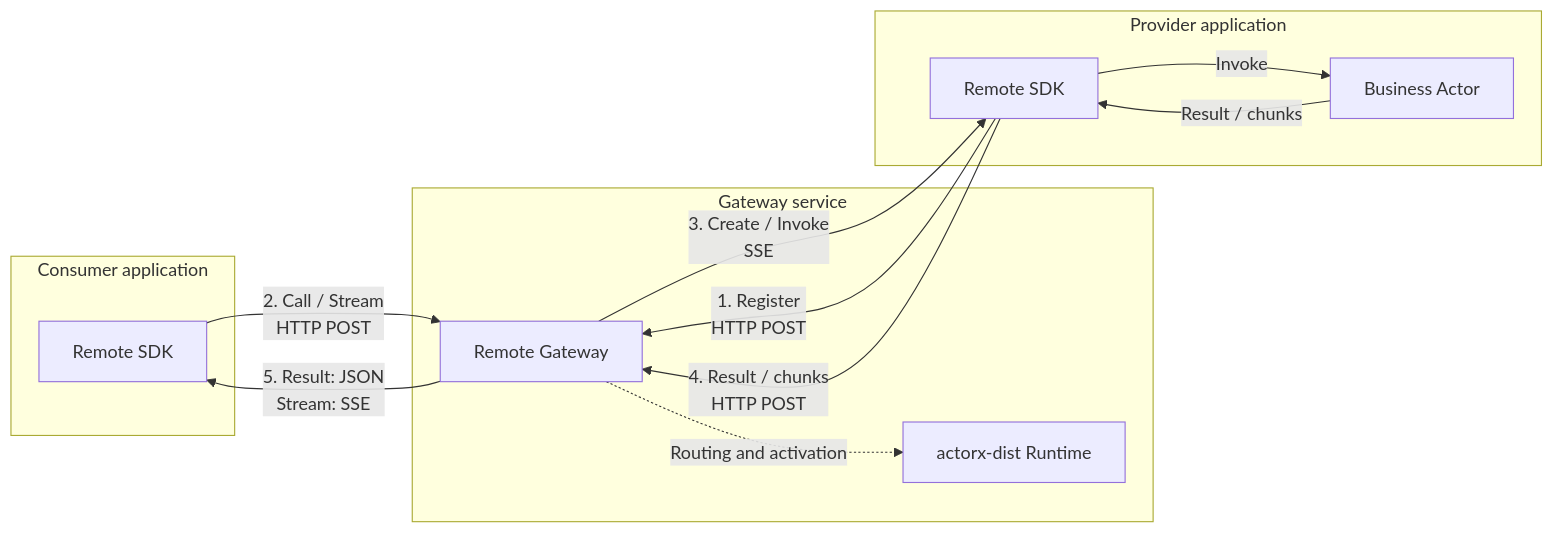
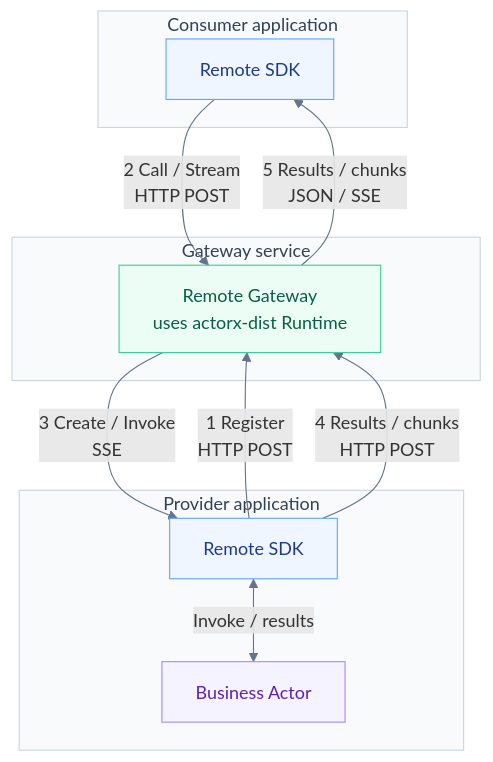
The diagram in remote/README.md (go-aie/actorx-dist), drawn with Mermaid before and after one commit. The commit also changed other lines of this file and 5 other files, not shown here.

Commit message:
docs: clarify getting started and remote architecture

````diff
--- a/remote/README.md
+++ b/remote/README.md
@@ -13,22 +13,31 @@
 ```mermaid
-flowchart LR
+flowchart TB
     subgraph consumer["Consumer application"]
         C["Remote SDK"]
     end
     subgraph backend["Gateway service"]
-        G["Remote Gateway"]
-        D["actorx-dist Runtime"]
-        G -.->|Routing and activation| D
+        G["Remote Gateway<br/>uses actorx-dist Runtime"]
     end
     subgraph provider["Provider application"]
         P["Remote SDK"]
         A["Business Actor"]
-        P -->|Invoke| A
-        A -->|Result / chunks| P
     end
-    P -->|"1. Register<br/>HTTP POST"| G
-    C -->|"2. Call / Stream<br/>HTTP POST"| G
-    G -->|"3. Create / Invoke<br/>SSE"| P
-    P -->|"4. Result / chunks<br/>HTTP POST"| G
-    G -->|"5. Result: JSON<br/>Stream: SSE"| C
+
+    C -->|"2 Call / Stream<br/>HTTP POST"| G
+    G -->|"3 Create / Invoke<br/>SSE"| P
+    P <-->|"Invoke / results"| A
+    G -->|"5 Results / chunks<br/>JSON / SSE"| C
+    P -->|"1 Register<br/>HTTP POST"| G
+    P -->|"4 Results / chunks<br/>HTTP POST"| G
+
+    classDef sdk fill:#eff6ff,stroke:#60a5fa,color:#1e3a8a
+    classDef gateway fill:#ecfdf5,stroke:#34d399,color:#065f46
+    classDef actor fill:#f5f3ff,stroke:#a78bfa,color:#5b21b6
+    class C,P sdk
+    class G gateway
+    class A actor
+    style consumer fill:#f8fafc,stroke:#cbd5e1,color:#334155
+    style backend fill:#f8fafc,stroke:#cbd5e1,color:#334155
+    style provider fill:#f8fafc,stroke:#cbd5e1,color:#334155
+    linkStyle default stroke:#64748b
 ```
````
